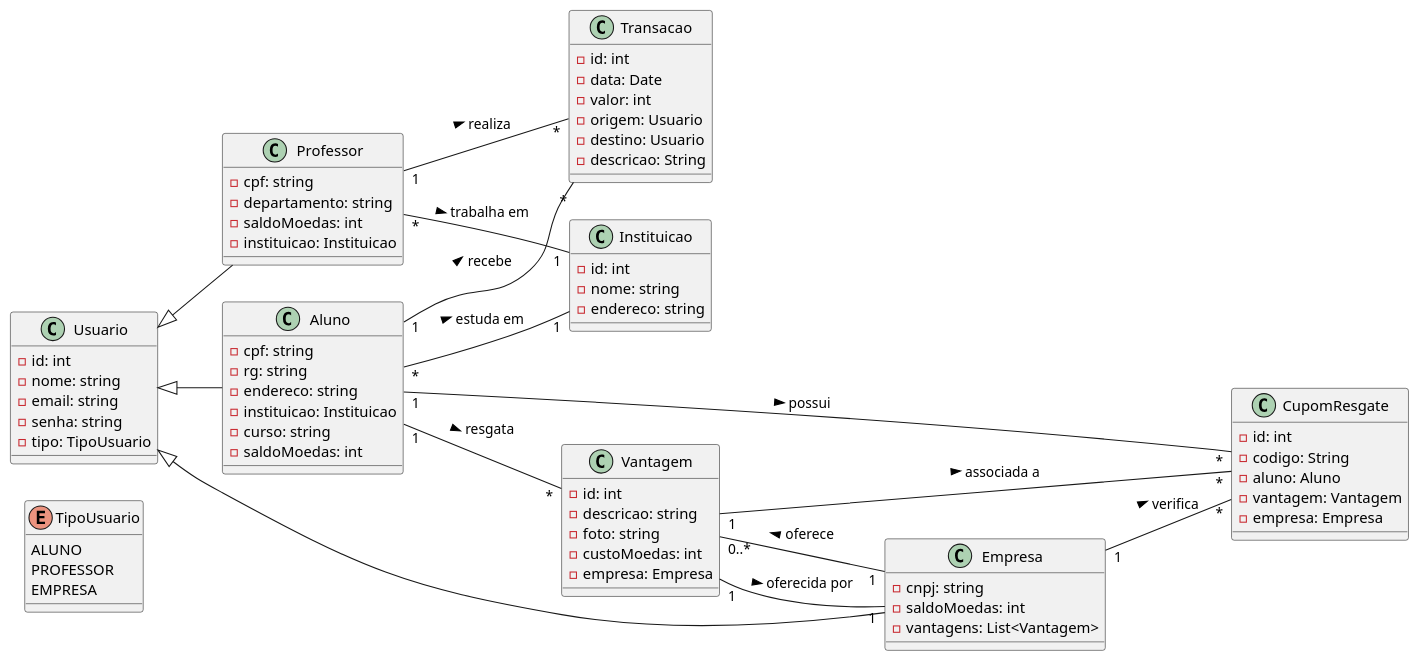
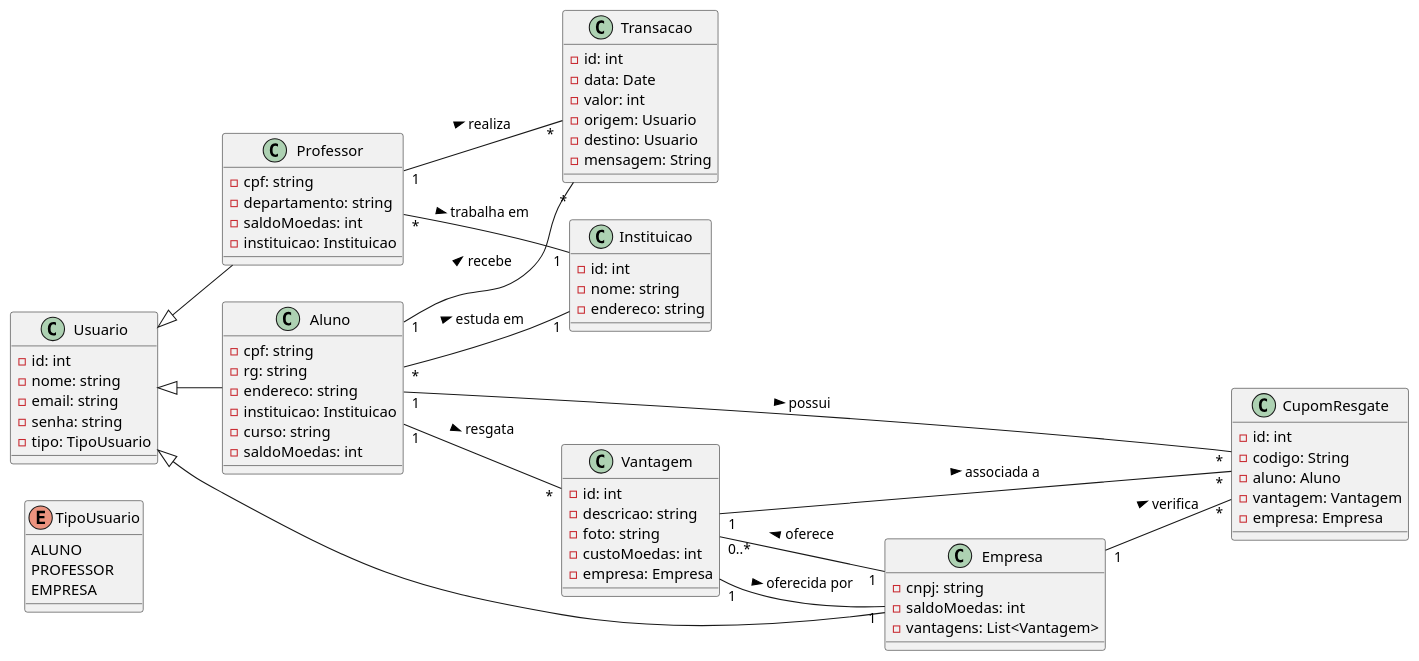
One commit to software-engineering-graduation/sistema_moeda_estudantil_lds2024 changed the diagram in projeto/diagrama_de_classes.puml. Above: the diagram before and after it, drawn with PlantUML. The commit also changed 1 other file, not shown here.

Commit message:
add use case and update class diagrams

```diff
--- a/projeto/diagrama_de_classes.puml
+++ b/projeto/diagrama_de_classes.puml
@@ -1,90 +1,90 @@
 @startuml Diagrama de classes
 left to right direction
 
 enum TipoUsuario {
     ALUNO
     PROFESSOR
     EMPRESA
 }
 
 class Usuario {
     - id: int
     - nome: string
     - email: string
     - senha: string
     - tipo: TipoUsuario
 }
 
 class Aluno {
     - cpf: string
     - rg: string
     - endereco: string
     - instituicao: Instituicao
     - curso: string
     - saldoMoedas: int
 }
 
 class Professor {
     - cpf: string
     - departamento: string
     - saldoMoedas: int
     - instituicao: Instituicao
 }
 
 class Empresa {
     - cnpj: string
     - saldoMoedas: int
     - vantagens: List<Vantagem>
 }
 
 class Instituicao {
     - id: int
     - nome: string
     - endereco: string
 }
 
 class Vantagem {
     - id: int
     - descricao: string
     - foto: string
     - custoMoedas: int
     - empresa: Empresa
 }
 
 class CupomResgate {
     - id: int
     - codigo: String
     - aluno: Aluno
     - vantagem: Vantagem
     - empresa: Empresa
 }
 
 class Transacao {
     - id: int
     - data: Date
     - valor: int
     - origem: Usuario
     - destino: Usuario
-    - descricao: String
+    - mensagem: String
 }
 
 Usuario <|-- Aluno
 Usuario <|-- Professor
 Usuario <|-- Empresa
 
 Aluno "*" -- "1" Instituicao : estuda em >
 Professor "*" -- "1" Instituicao : trabalha em >
 
 Empresa "1" -- "0..*" Vantagem : oferece >
 
 Aluno "1" -- "*" Vantagem : resgata >
 Aluno "1" -- "*" CupomResgate : possui >
 Empresa "1" -- "*" CupomResgate : verifica >
 
 Professor "1" -- "*" Transacao : realiza >
 Aluno "1" -- "*" Transacao : recebe >
 
 Vantagem "1" -- "1" Empresa : oferecida por >
 Vantagem "1" -- "*" CupomResgate : associada a >
 
 @enduml
```
